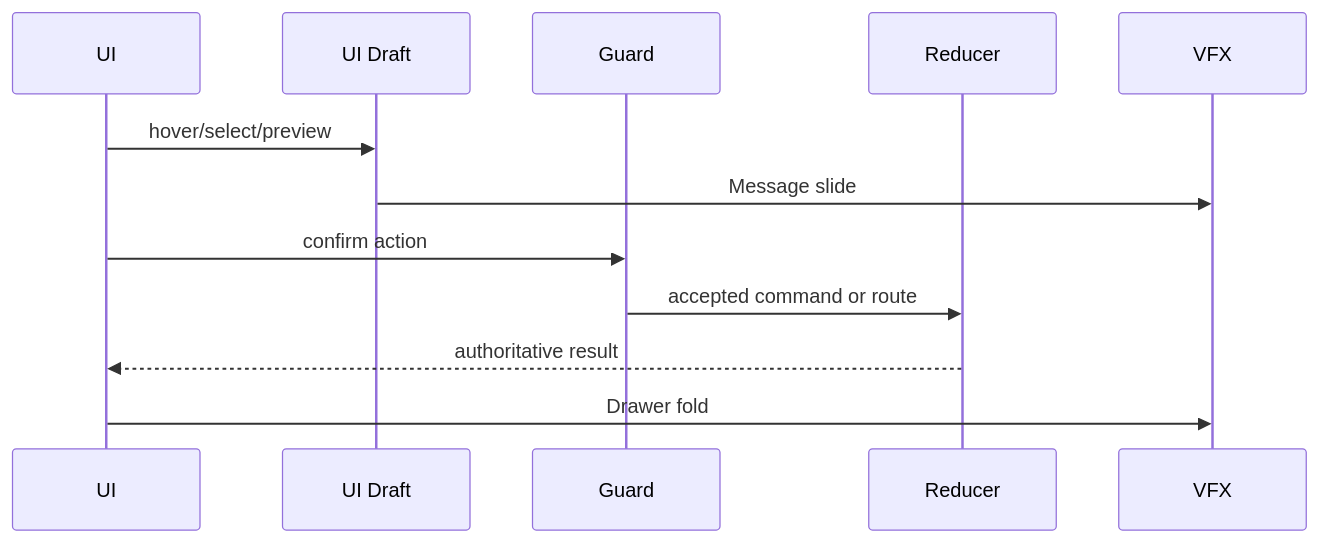
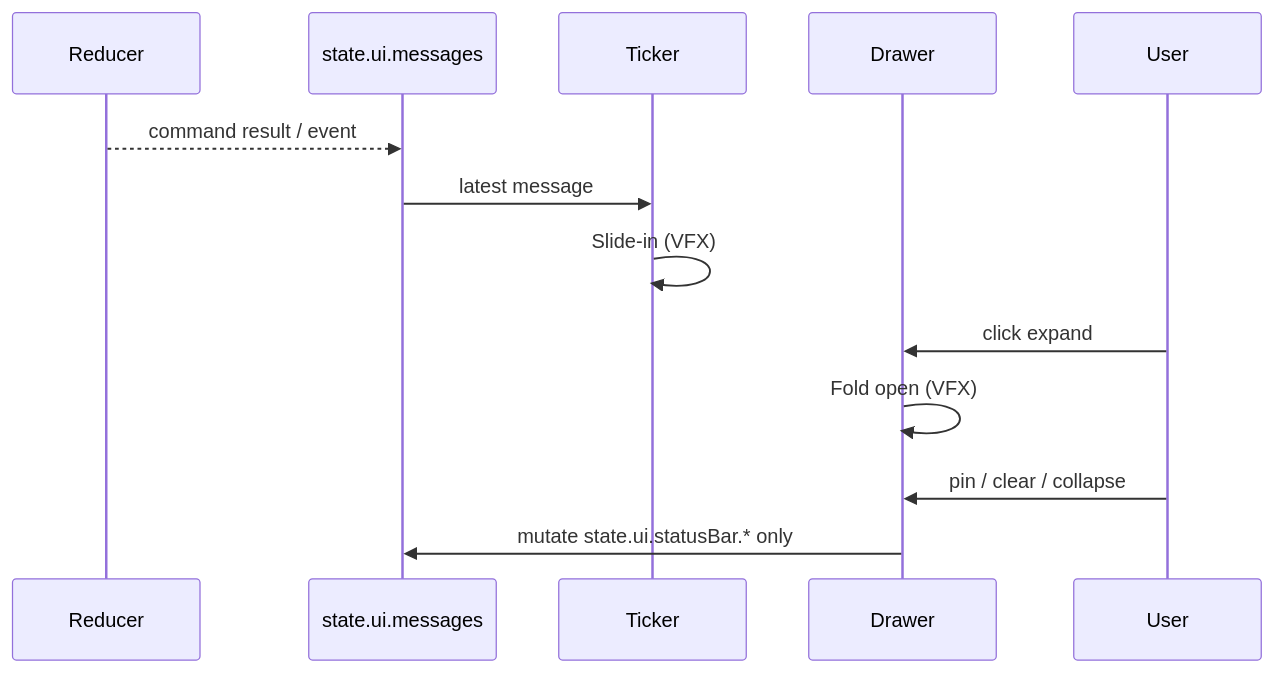
Before and after one commit to SunaNoOshiro/Heroes_Reforged_AI_Realms: the fourth of 5 diagrams in docs/architecture/wiki/screens/19-status-bar/architecture.md, drawn with Mermaid. The commit also changed other lines of this file and 518 other files, not shown here.

First line of the commit message:
Add doc-audit skill and sweep architecture/screen docs

````diff
--- a/docs/architecture/wiki/screens/19-status-bar/architecture.md
+++ b/docs/architecture/wiki/screens/19-status-bar/architecture.md
@@ -50,14 +54,15 @@
 ```mermaid
 sequenceDiagram
-  participant UI
-  participant Draft as UI Draft
-  participant Guard
   participant Reducer
-  participant VFX
-  UI->>Draft: hover/select/preview
-  Draft->>VFX: Message slide
-  UI->>Guard: confirm action
-  Guard->>Reducer: accepted command or route
-  Reducer-->>UI: authoritative result
-  UI->>VFX: Drawer fold
+  participant UIState as state.ui.messages
+  participant Ticker
+  participant Drawer
+  participant User
+  Reducer-->>UIState: command result / event
+  UIState->>Ticker: latest message
+  Ticker->>Ticker: Slide-in (VFX)
+  User->>Drawer: click expand
+  Drawer->>Drawer: Fold open (VFX)
+  User->>Drawer: pin / clear / collapse
+  Drawer->>UIState: mutate state.ui.statusBar.* only
 ```
````
